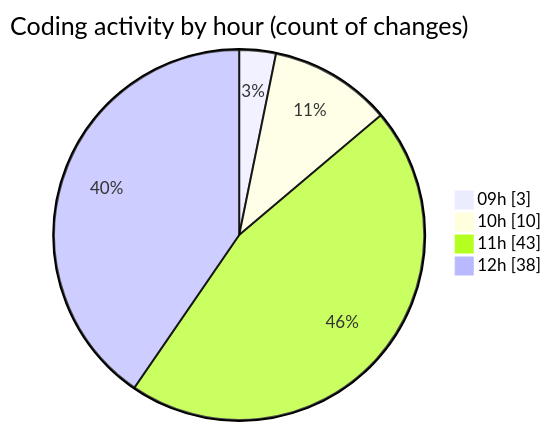
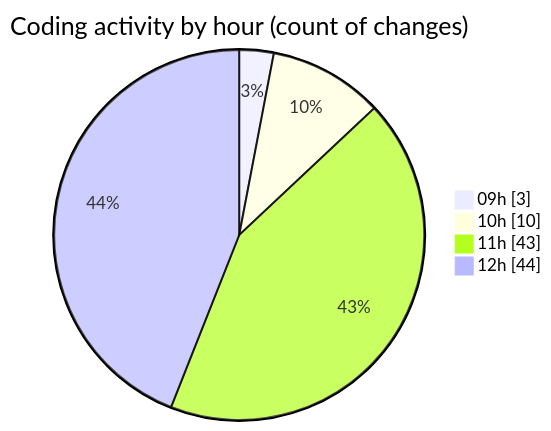
One commit to momahboobian/code-tracking changed the second of 2 diagrams in 2026-01-22/cda/README.md. Above: the diagram before and after it, drawn with Mermaid. The commit also changed other lines of this file and 1 other file, not shown here.

````diff
--- a/2026-01-22/cda/README.md
+++ b/2026-01-22/cda/README.md
@@ -59,8 +59,8 @@
 ```mermaid
 pie showData
 title Coding activity by hour (count of changes)
 "09h" : 3
 "10h" : 10
 "11h" : 43
-"12h" : 38
+"12h" : 44
 ```
````
